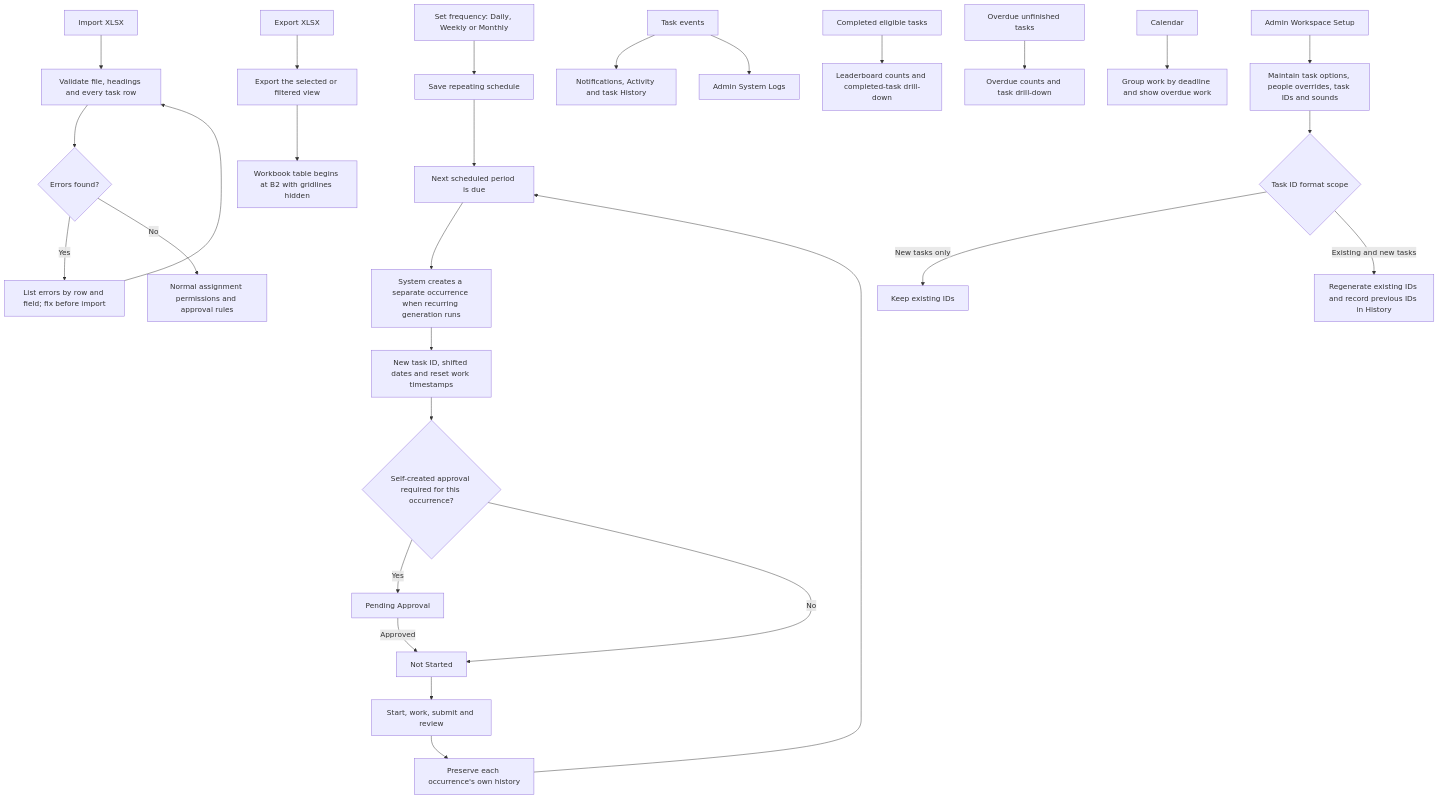
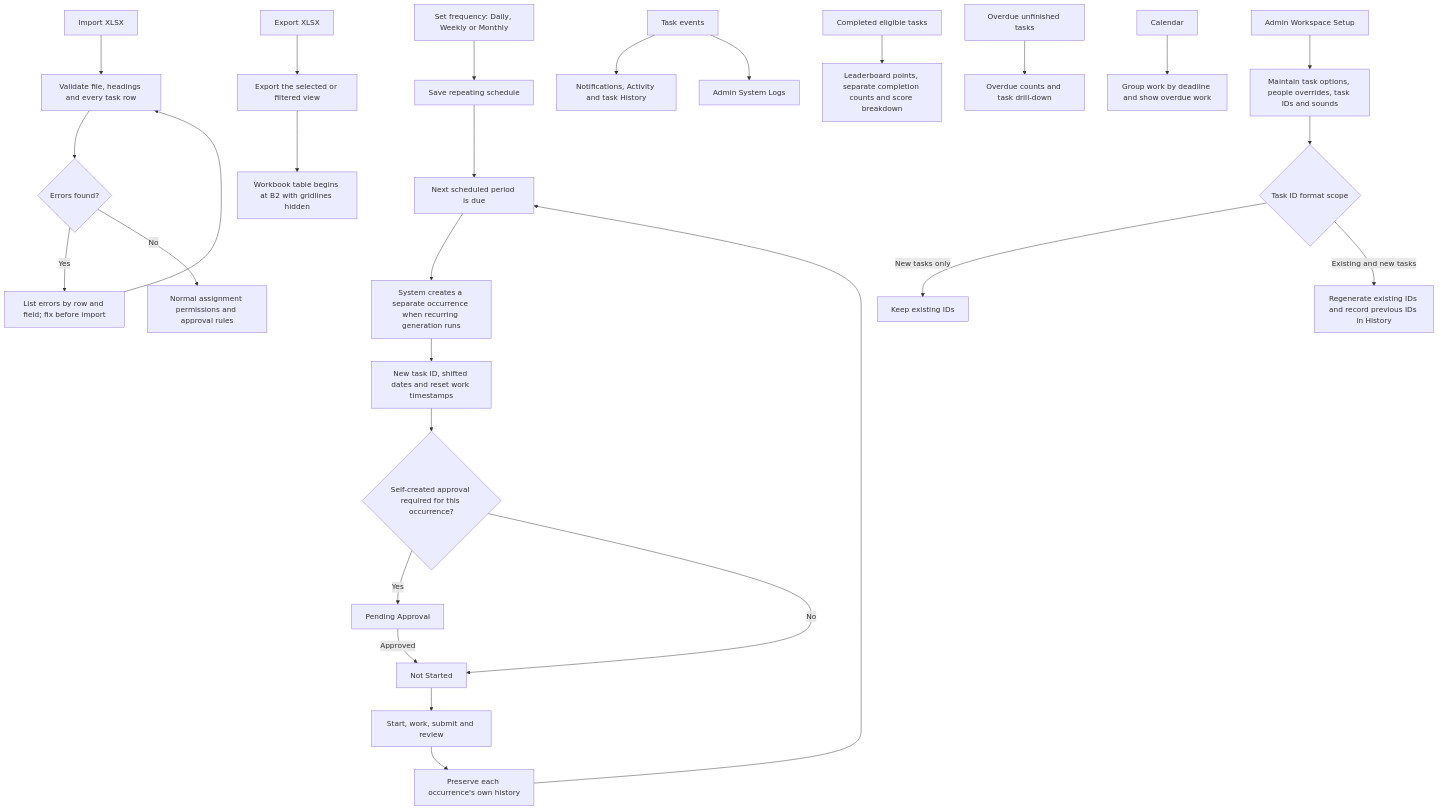
The sixth of 6 diagrams in docs/task-module-flowcharts.md (itassociatedev/TCC_Purrtal), drawn with Mermaid before and after one commit. The commit also changed other lines of this file and 25 other files, not shown here.

Commit message:
Add rubric-based Task Module leaderboard scoring

````diff
--- a/docs/task-module-flowcharts.md
+++ b/docs/task-module-flowcharts.md
@@ -187,30 +187,30 @@
 ```mermaid
 flowchart TD
     A[Set frequency: Daily, Weekly or Monthly] --> B[Save repeating schedule]
     B --> C[Next scheduled period is due]
     C --> D[System creates a separate occurrence when recurring generation runs]
     D --> E[New task ID, shifted dates and reset work timestamps]
     E --> F{Self-created approval required for this occurrence?}
     F -- Yes --> G[Pending Approval]
     F -- No --> H[Not Started]
     G -- Approved --> H
     H --> I[Start, work, submit and review]
     I --> J[Preserve each occurrence's own history]
     J --> C
     K[Import XLSX] --> L[Validate file, headings and every task row]
     L --> M{Errors found?}
     M -- Yes --> N[List errors by row and field; fix before import]
     N --> L
     M -- No --> O[Normal assignment permissions and approval rules]
     P[Export XLSX] --> Q[Export the selected or filtered view]
     Q --> R[Workbook table begins at B2 with gridlines hidden]
     S[Task events] --> T[Notifications, Activity and task History]
     S --> U[Admin System Logs]
-    V[Completed eligible tasks] --> W[Leaderboard counts and completed-task drill-down]
+    V[Completed eligible tasks] --> W[Leaderboard points, separate completion counts and score breakdown]
     X[Overdue unfinished tasks] --> Y[Overdue counts and task drill-down]
     Z[Calendar] --> AA[Group work by deadline and show overdue work]
     AB[Admin Workspace Setup] --> AC[Maintain task options, people overrides, task IDs and sounds]
     AC --> AD{Task ID format scope}
     AD -- New tasks only --> AE[Keep existing IDs]
     AD -- Existing and new tasks --> AF[Regenerate existing IDs and record previous IDs in History]
 ```
````
